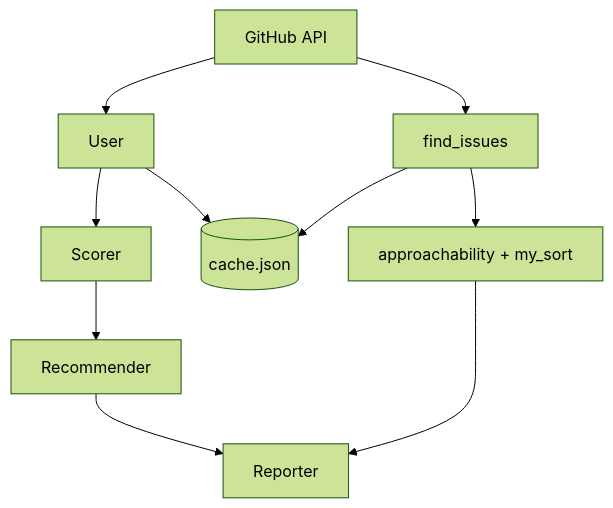
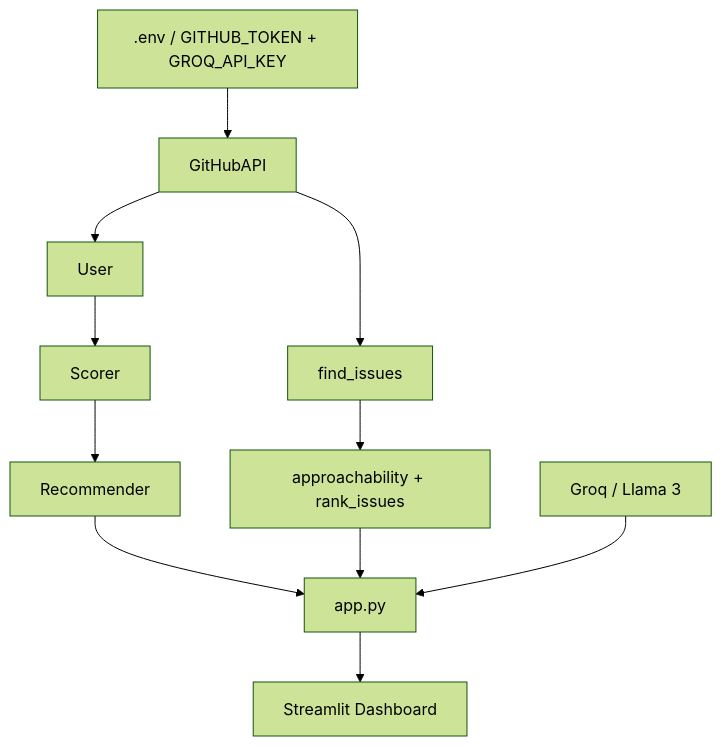
One commit to techwithamair/gitgauge changed the diagram in README.md. Above: the diagram before and after it, drawn with Mermaid (forest theme). The commit also changed other lines of this file, not shown here.

````diff
--- a/README.md
+++ b/README.md
@@ -83,16 +82,17 @@
 ```mermaid
 flowchart TD
-    A[GitHub API] --> B[User]
-    A --> C[find_issues]
+    ENV[.env / GITHUB_TOKEN + GROQ_API_KEY] --> API[GitHubAPI]
 
-    B --> D[Scorer]
-    B --> G[(cache.json)]
+    API --> USER[User]
+    API --> ISSUES[find_issues]
 
-    D --> E[Recommender]
-    E --> F[Reporter]
+    USER --> SCORER[Scorer]
+    SCORER --> RECOMMENDER[Recommender]
+    RECOMMENDER --> APP[app.py]
 
-    C --> H[approachability + my_sort]
-    C --> G
+    ISSUES --> RANK[approachability + rank_issues]
+    RANK --> APP
 
-    H --> F
+    GROQ[Groq / Llama 3] --> APP
+    APP --> BROWSER[Streamlit Dashboard]
 ```
````
